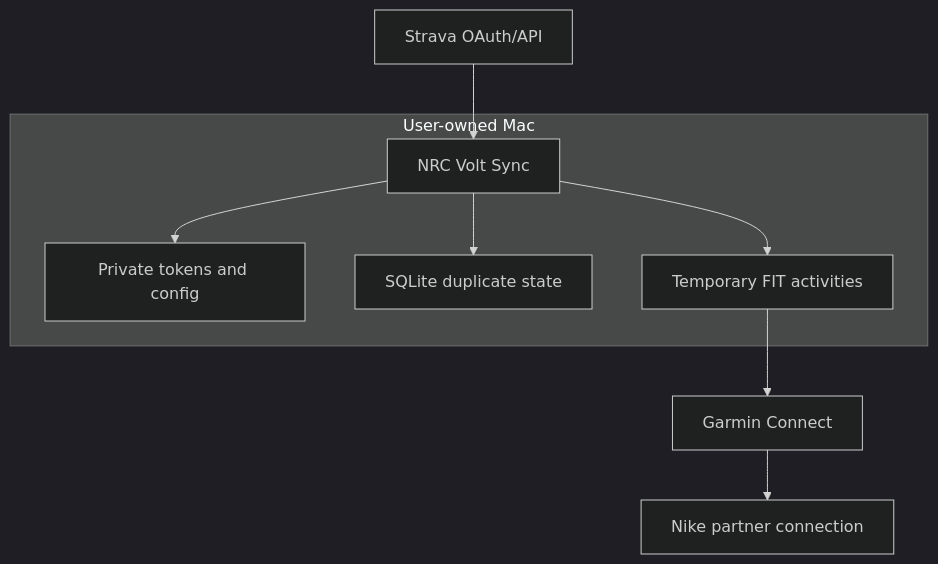
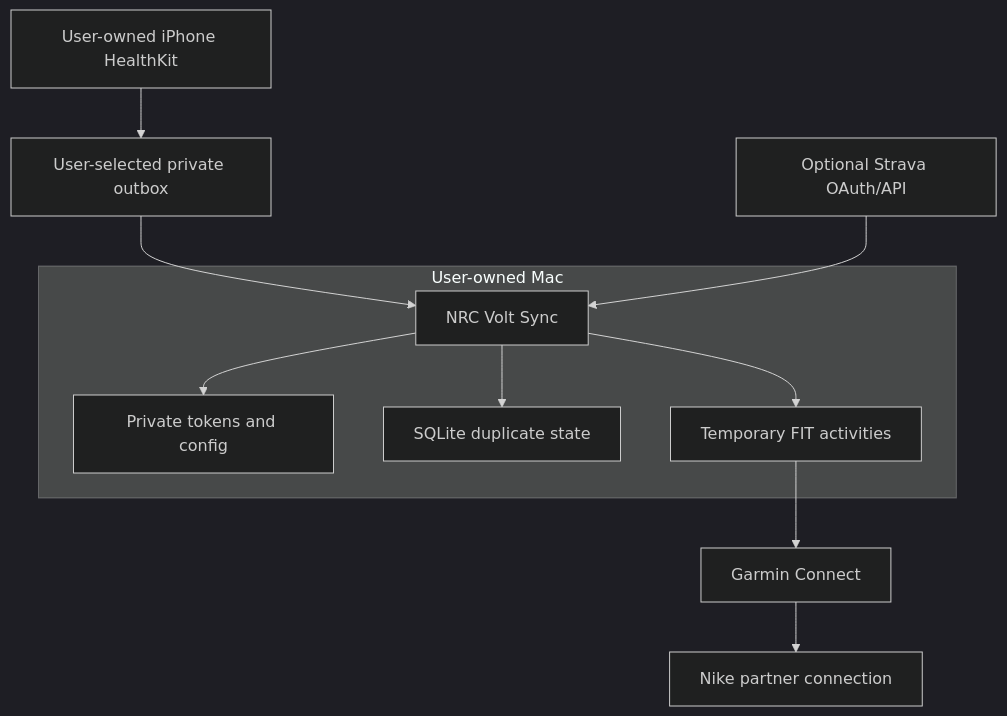
One commit to nirvanasangsara-AI/nrc-volt-sync changed the diagram in docs/ARCHITECTURE.md. Above: the diagram before and after it, drawn with Mermaid (dark theme). The commit also changed other lines of this file and 45 other files, not shown here.

First line of the commit message:
Add direct Apple Health sync without Strava (#4)

````diff
--- a/docs/ARCHITECTURE.md
+++ b/docs/ARCHITECTURE.md
@@ -14,15 +18,17 @@
 ```mermaid
 flowchart TB
     subgraph LocalMac["User-owned Mac"]
         CLI["NRC Volt Sync"]
         CFG["Private tokens and config"]
         DB["SQLite duplicate state"]
         FIT["Temporary FIT activities"]
     end
-    STRAVA["Strava OAuth/API"] --> CLI
+    IPHONE["User-owned iPhone HealthKit"] --> OUTBOX["User-selected private outbox"]
+    OUTBOX --> CLI
+    STRAVA["Optional Strava OAuth/API"] --> CLI
     CLI --> CFG
     CLI --> DB
     CLI --> FIT
     FIT --> GARMIN["Garmin Connect"]
     GARMIN --> NIKE["Nike partner connection"]
 ```
````
